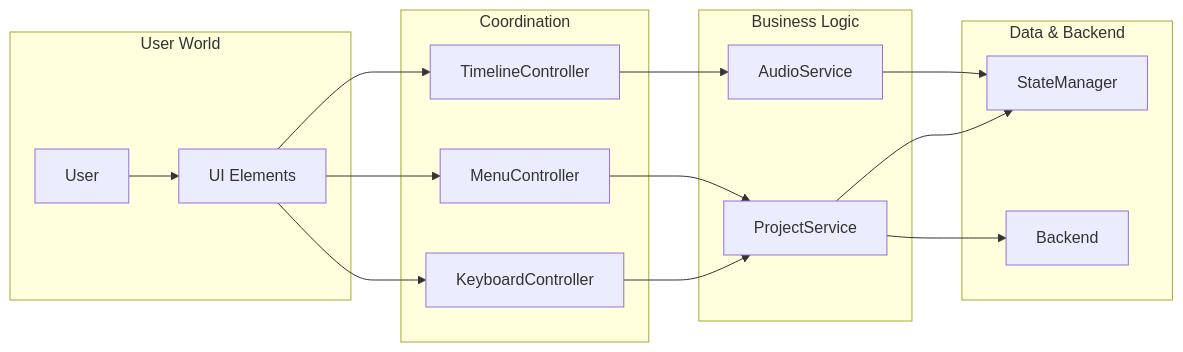
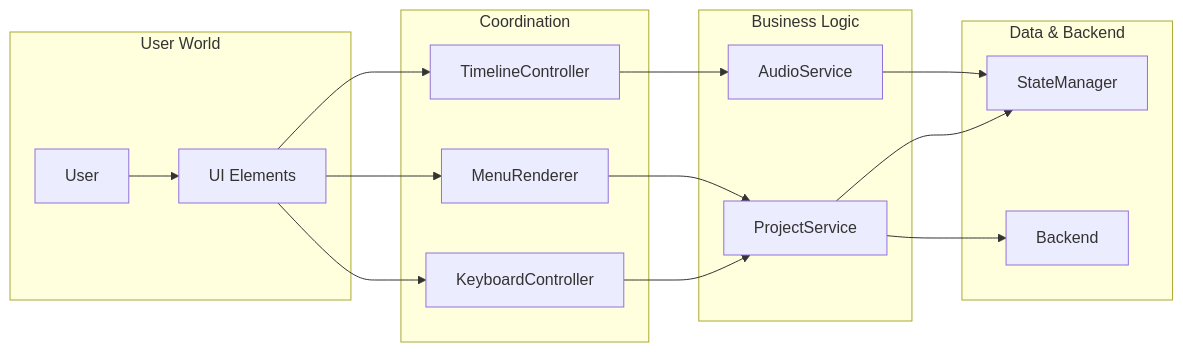
One commit to picolume/studio changed the first of 4 diagrams in docs/class/04-service-layer.md. Above: the diagram before and after it, drawn with Mermaid. The commit also changed 6 other files, not shown here.

````diff
--- a/docs/class/04-service-layer.md
+++ b/docs/class/04-service-layer.md
@@ -21,31 +21,31 @@
 ```mermaid
 flowchart LR
     subgraph "User World"
         USER[User]
         UI[UI Elements]
     end
 
     subgraph "Coordination"
         KC[KeyboardController]
-        MC[MenuController]
+        MR[MenuRenderer]
         TC[TimelineController]
     end
 
     subgraph "Business Logic"
         PS[ProjectService]
         AS[AudioService]
     end
 
     subgraph "Data & Backend"
         SM[StateManager]
         BE[Backend]
     end
 
     USER --> UI
-    UI --> KC & MC & TC
+    UI --> KC & MR & TC
     KC --> PS
-    MC --> PS
+    MR --> PS
     TC --> AS
     PS --> SM & BE
     AS --> SM
 ```
````
